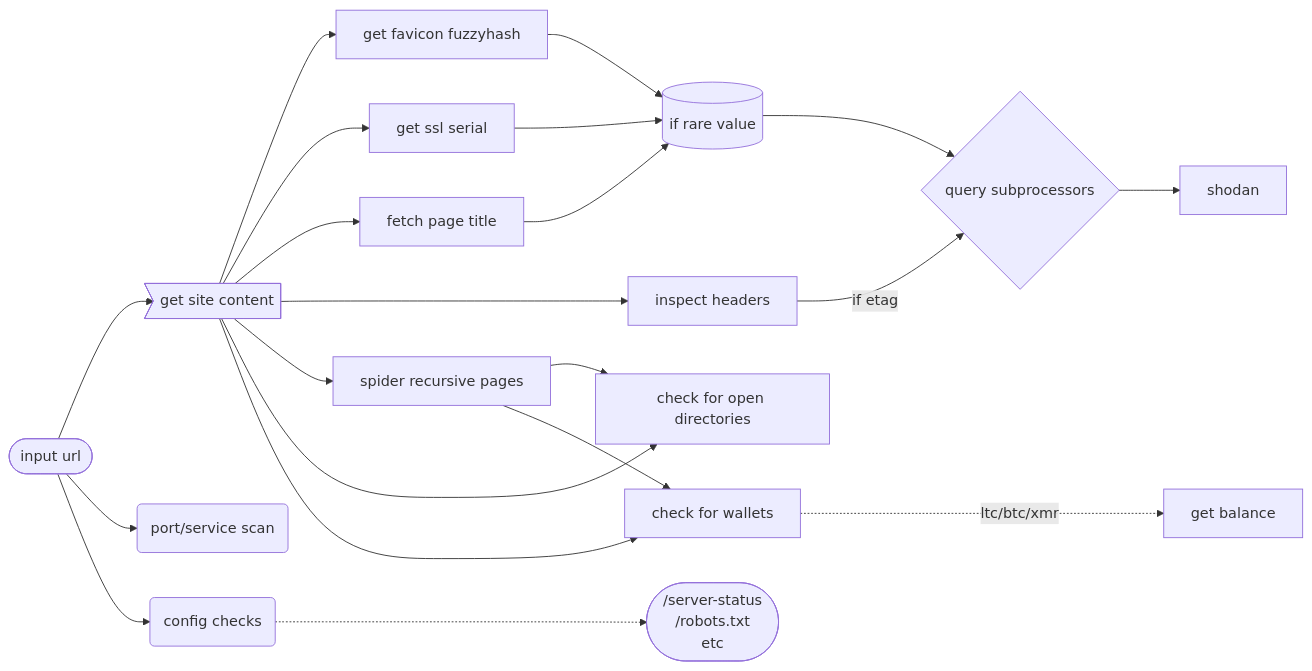
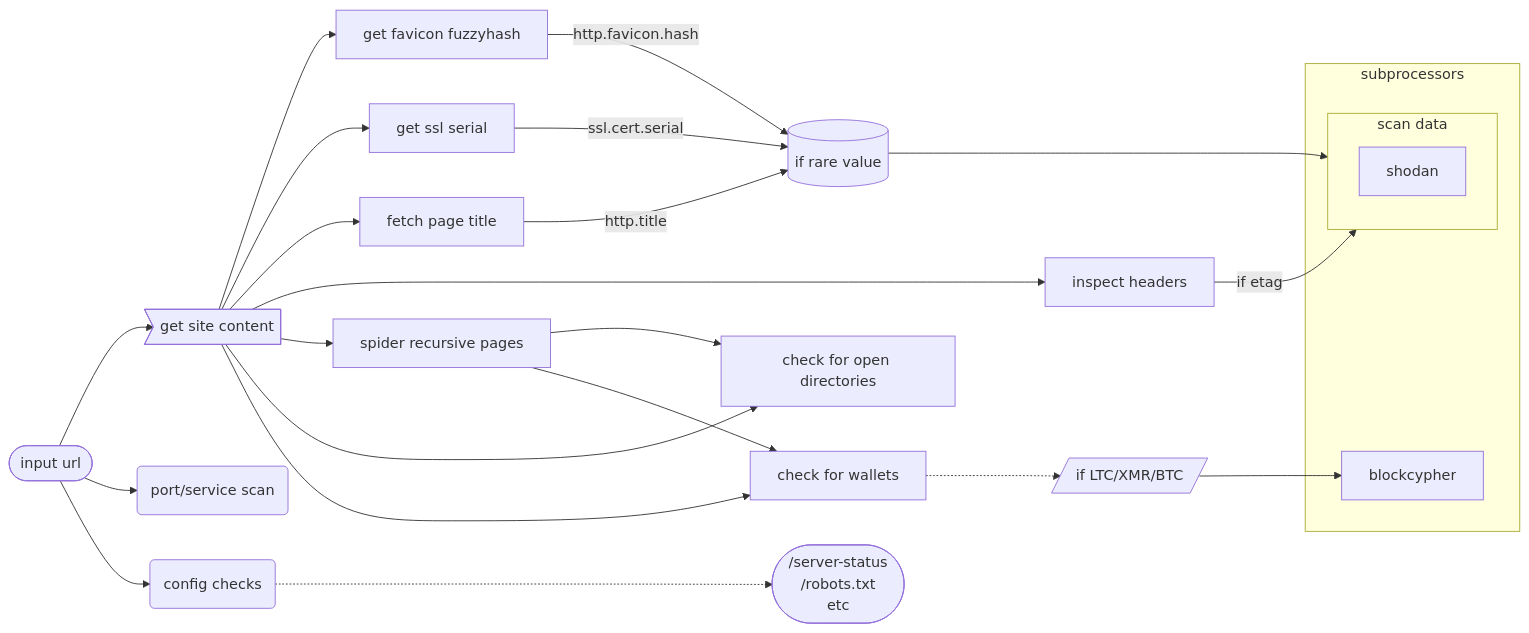
The diagram in README.md (joshhighet/bebop), drawn with Mermaid before and after one commit.

````diff
--- a/README.md
+++ b/README.md
@@ -11,28 +11,33 @@
 ```mermaid
 graph LR
+    subgraph subprocessors
+    blockcypher
+        subgraph netscans[scan data]
+        shodan
+        end
+    end
     lookupsaver[(if rare value)]
     opndir[check for open directories]
     cryptoc[check for wallets]
-    getbal[get balance]
     checks([/server-status\n/robots.txt\netc])
     anchor([input url]) -->mainget>get site content]
     anchor --> scan(port/service scan)
     anchor --> checker(config checks)
     checker -..-> checks
     mainget --> favicon[get favicon fuzzyhash]
     mainget --> sslserial[get ssl serial]
-    sslserial --> lookupsaver
-    favicon --> lookupsaver
+    sslserial --> |ssl.cert.serial| lookupsaver
+    favicon --> |http.favicon.hash| lookupsaver
     mainget --> title[fetch page title]
-    title --> lookupsaver
+    title --> |http.title| lookupsaver
     mainget --> headers[inspect headers]
-    headers --> |if etag|lookup
-    lookupsaver --> lookup{query subprocessors}
+    headers --> |if etag|netscans
+    lookupsaver --> netscans
     mainget --> spider[spider recursive pages]
     mainget --> opndir
     spider --> opndir
     mainget --> cryptoc
     spider --> cryptoc
-    cryptoc -..-> |ltc/btc/xmr| getbal
-    lookup --> shodan
+    cryptoc -..-> ifsupportedcoin[/if LTC/XMR/BTC/]
+    ifsupportedcoin --> blockcypher
 ```
````
